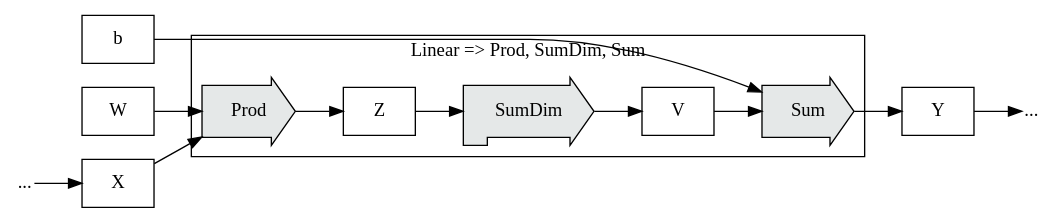
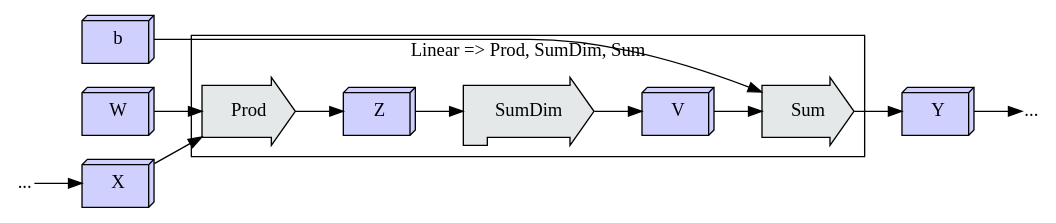
Diagram 41 of 55 in source/Tapestry/index.md (crutcher/crutcher.github.io-source), drawn with Graphviz before and after one commit. The commit also changed other lines of this file and 2 other files, not shown here.

````diff
--- a/source/Tapestry/index.md
+++ b/source/Tapestry/index.md
@@ -5653,53 +5722,52 @@
 ```graphviz
 digraph G {
     rankdir=LR;
-    
-    X, W, b, Y [shape=box];
+    X, W, b, Y [shape=box3d, fillcolor="#d0d0ff", style=filled];
     {rank=same; X; b; }
     
     subgraph cluster_0 {
       label="Linear => Prod, SumDim, Sum";
-      Z, V [shape=box];
+      Z, V [shape=box3d, fillcolor="#d0d0ff", style=filled];
 
       Prod [
           label=Prod,
           shape=rarrow,
           style=filled,
           fillcolor="#E5E8E8",
           margin=0.25
       ];
 
       Prod -> Z;
 
       SumDim [
           label=SumDim,
           shape=rpromoter,
           style=filled,
           fillcolor="#E5E8E8",
           margin=0.25
       ];
 
       Z -> SumDim;
       SumDim -> V;
 
       Sum [
           label=Sum,
           shape=rarrow,
           style=filled,
           fillcolor="#E5E8E8",
           margin=0.25
       ];
       
       V -> Sum;
     }
     
     X -> Prod;
     W -> Prod;
     b -> Sum;
     Sum -> Y;
     
     G1, G2 [label="...", shape=plain];
     G1 -> X;
     Y -> G2;
 }
 ```
````
